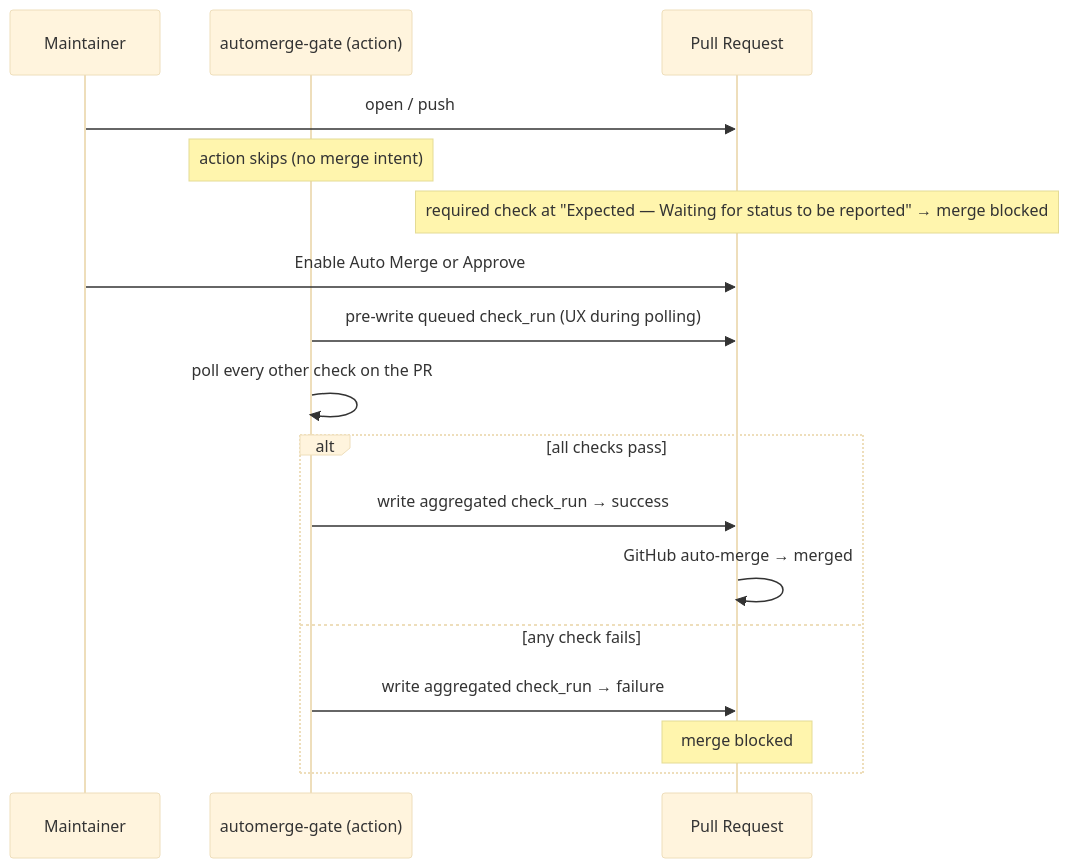
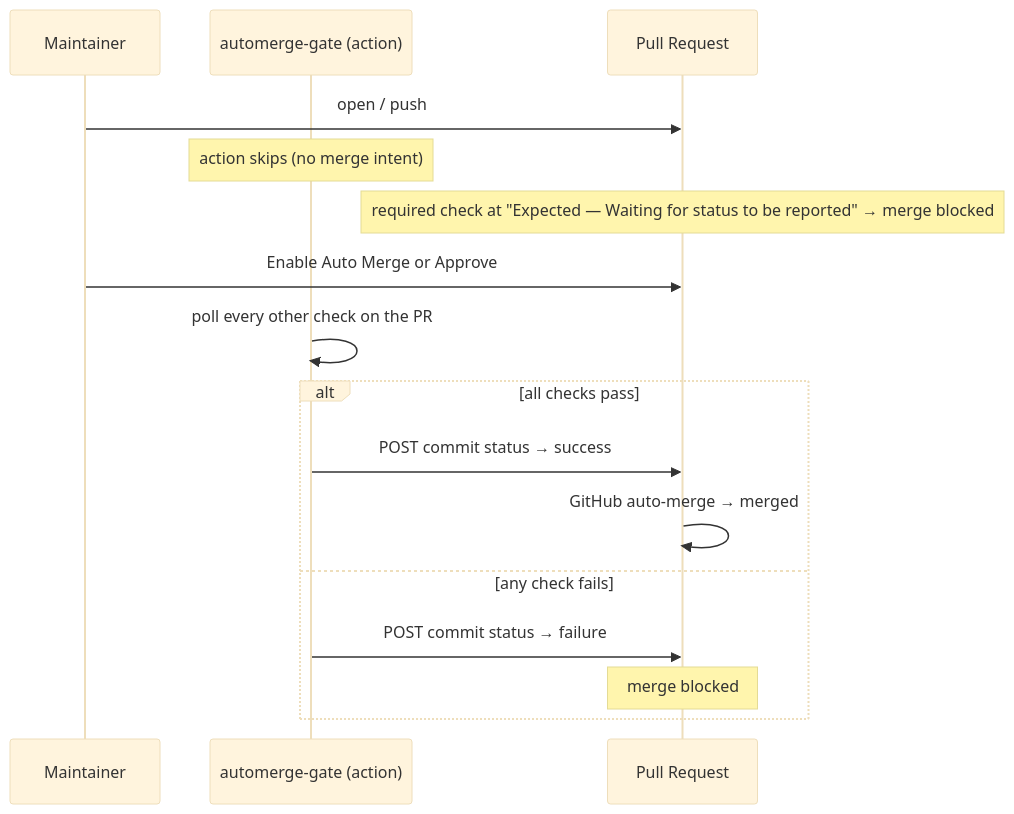
Before and after one commit to pkgdeps/check-suite-gate: the first of 2 diagrams in README.md, drawn with Mermaid (base theme). The commit also changed other lines of this file and 13 other files, not shown here.

````diff
--- a/README.md
+++ b/README.md
@@ -23,22 +23,21 @@
 ```mermaid
 sequenceDiagram
     participant U as Maintainer
     participant A as automerge-gate (action)
     participant PR as Pull Request
 
     U->>PR: open / push
     Note over A: action skips (no merge intent)
     Note over PR: required check at "Expected — Waiting for status to be reported" → merge blocked
 
     U->>PR: Enable Auto Merge or Approve
-    A->>PR: pre-write queued check_run (UX during polling)
     A->>A: poll every other check on the PR
 
     alt all checks pass
-        A->>PR: write aggregated check_run → success
+        A->>PR: POST commit status → success
         PR->>PR: GitHub auto-merge → merged
     else any check fails
-        A->>PR: write aggregated check_run → failure
+        A->>PR: POST commit status → failure
         Note over PR: merge blocked
     end
 ```
````
